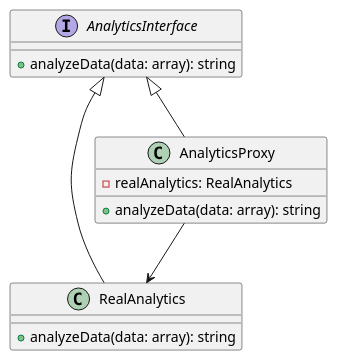
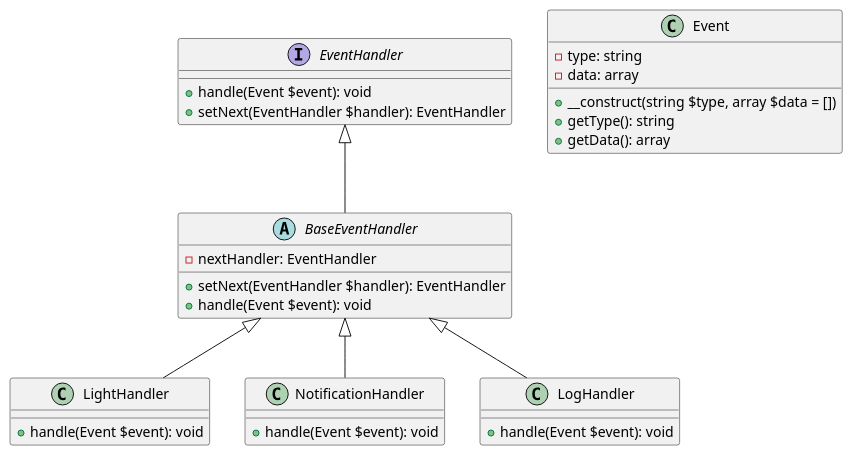
The diagram in klassifikaciya-patternov/povedencheskie-patterny-behavioral-patterns/cepochka-obyazannostei-chain-of-responsibility/primery/obrabotka-sobytii-v-realnom-vremeni/php.md (andrewovchinnikov/design-patterns), drawn with PlantUML before and after one commit. The commit also changed other lines of this file and 1 other file, not shown here.

````diff
--- a/klassifikaciya-patternov/povedencheskie-patterny-behavioral-patterns/cepochka-obyazannostei-chain-of-responsibility/primery/obrabotka-sobytii-v-realnom-vremeni/php.md
+++ b/klassifikaciya-patternov/povedencheskie-patterny-behavioral-patterns/cepochka-obyazannostei-chain-of-responsibility/primery/obrabotka-sobytii-v-realnom-vremeni/php.md
@@ -81,20 +123,39 @@
 ```plantuml
 @startuml
-interface AnalyticsInterface {
-    +analyzeData(data: array): string
+interface EventHandler {
+    +handle(Event $event): void
+    +setNext(EventHandler $handler): EventHandler
 }
 
-class RealAnalytics {
-    +analyzeData(data: array): string
+abstract class BaseEventHandler {
+    -nextHandler: EventHandler
+    +setNext(EventHandler $handler): EventHandler
+    +handle(Event $event): void
 }
 
-class AnalyticsProxy {
-    -realAnalytics: RealAnalytics
-    +analyzeData(data: array): string
+class LightHandler {
+    +handle(Event $event): void
 }
 
-AnalyticsInterface <|-- RealAnalytics
-AnalyticsInterface <|-- AnalyticsProxy
-AnalyticsProxy --> RealAnalytics
+class NotificationHandler {
+    +handle(Event $event): void
+}
+
+class LogHandler {
+    +handle(Event $event): void
+}
+
+class Event {
+    -type: string
+    -data: array
+    +__construct(string $type, array $data = [])
+    +getType(): string
+    +getData(): array
+}
+
+EventHandler <|-- BaseEventHandler
+BaseEventHandler <|-- LightHandler
+BaseEventHandler <|-- NotificationHandler
+BaseEventHandler <|-- LogHandler
 @enduml
 ```
````
